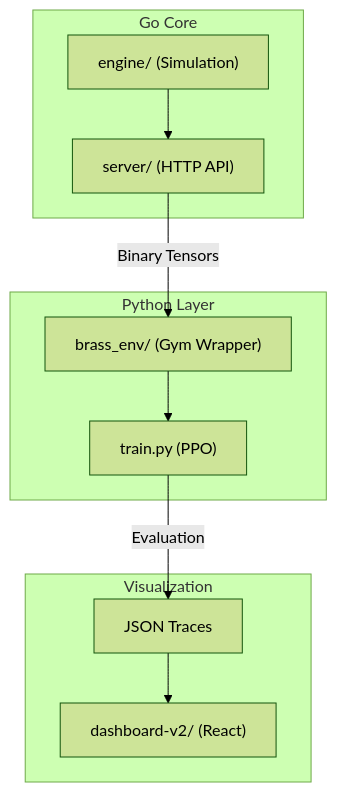
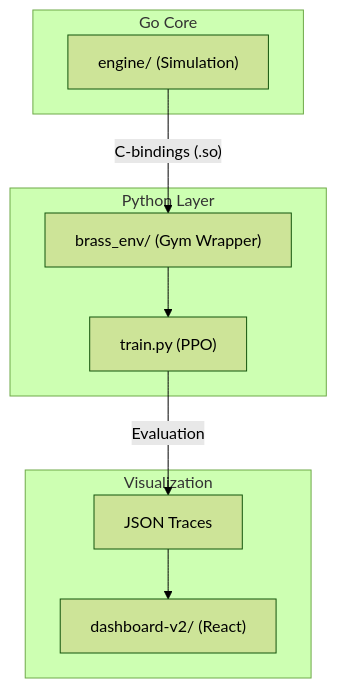
The diagram in README.md (georgerooney/brass-birmingbot), drawn with Mermaid (forest theme) before and after one commit. The commit also changed other lines of this file and 7 other files, not shown here.

Commit message:
docs: update architecture diagrams and agent context for C-bindings

````diff
--- a/README.md
+++ b/README.md
@@ -9,23 +9,21 @@
 ```mermaid
 graph TD
     subgraph "Go Core"
         Engine["engine/ (Simulation)"]
-        Server["server/ (HTTP API)"]
     end
 
     subgraph "Python Layer"
         Env["brass_env/ (Gym Wrapper)"]
         Training["train.py (PPO)"]
     end
 
     subgraph "Visualization"
         Dashboard["dashboard-v2/ (React)"]
         Traces["JSON Traces"]
     end
 
-    Engine --> Server
-    Server -- "Binary Tensors" --> Env
+    Engine -- "C-bindings (.so)" --> Env
     Env --> Training
     Training -- "Evaluation" --> Traces
     Traces --> Dashboard
 ```
````
